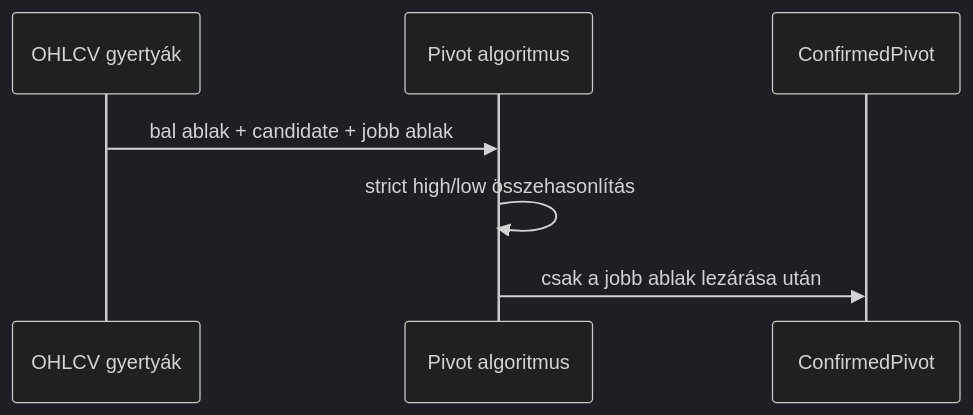
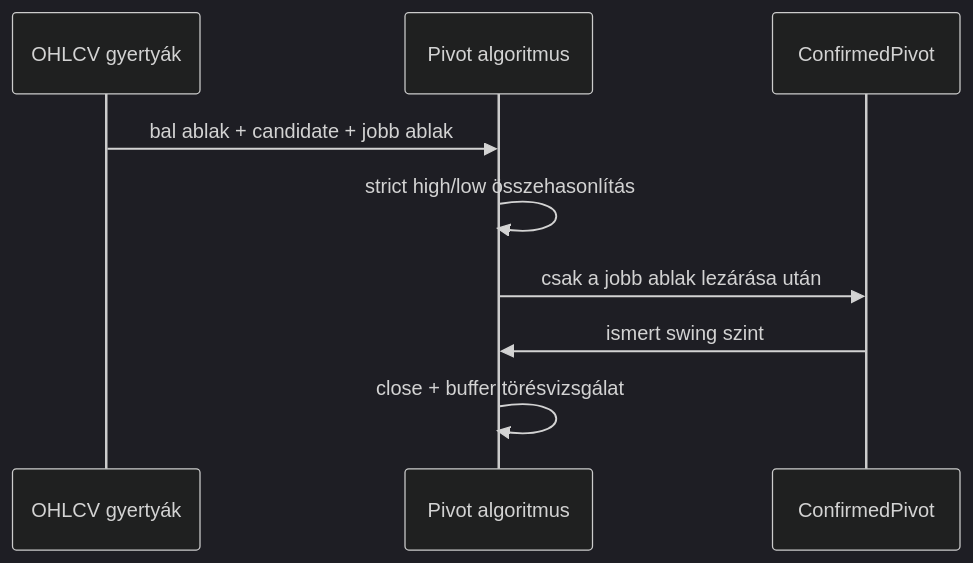
Before and after one commit to varben685/cx2: the diagram in docs/learning/phase-01-domain-model.md, drawn with Mermaid (dark theme). The commit also changed other lines of this file and 5 other files, not shown here.

````diff
--- a/docs/learning/phase-01-domain-model.md
+++ b/docs/learning/phase-01-domain-model.md
@@ -22,10 +29,12 @@
 ```mermaid
 sequenceDiagram
     participant Data as OHLCV gyertyák
     participant Algo as Pivot algoritmus
     participant Pivot as ConfirmedPivot
 
     Data->>Algo: bal ablak + candidate + jobb ablak
     Algo->>Algo: strict high/low összehasonlítás
     Algo->>Pivot: csak a jobb ablak lezárása után
+    Pivot->>Algo: ismert swing szint
+    Algo->>Algo: close + buffer törésvizsgálat
 ```
````
